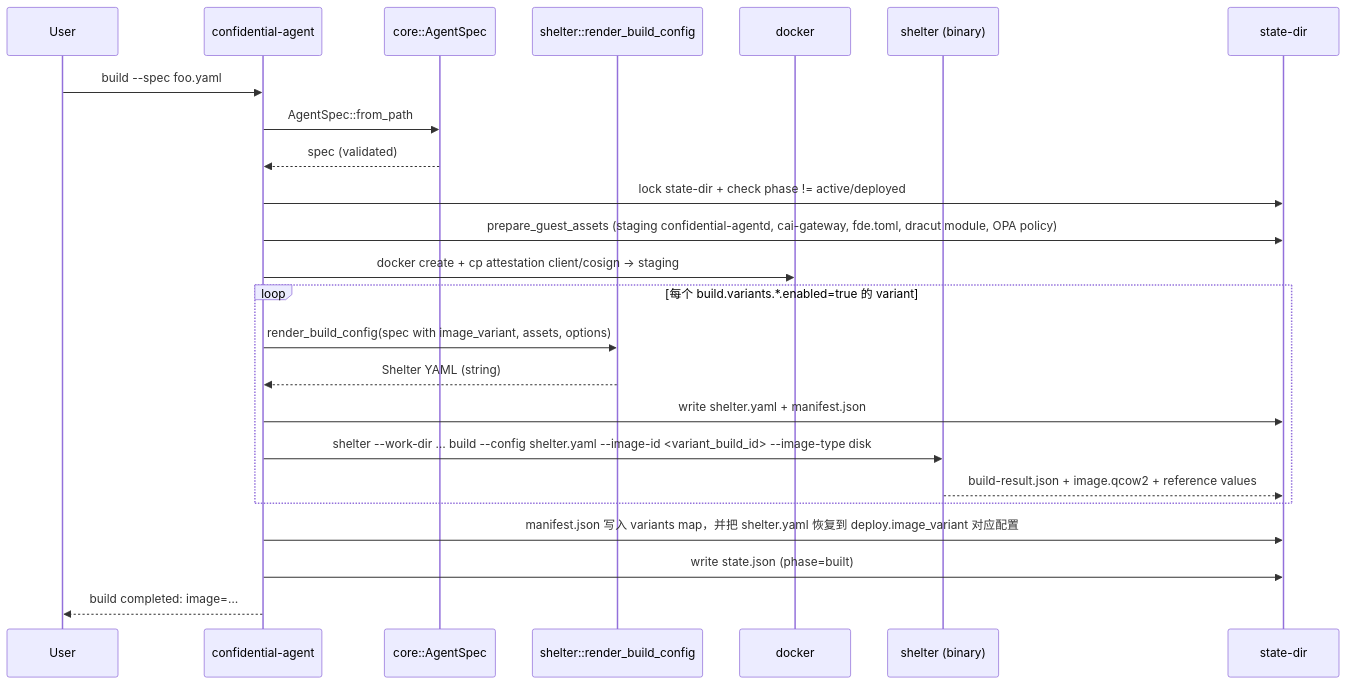
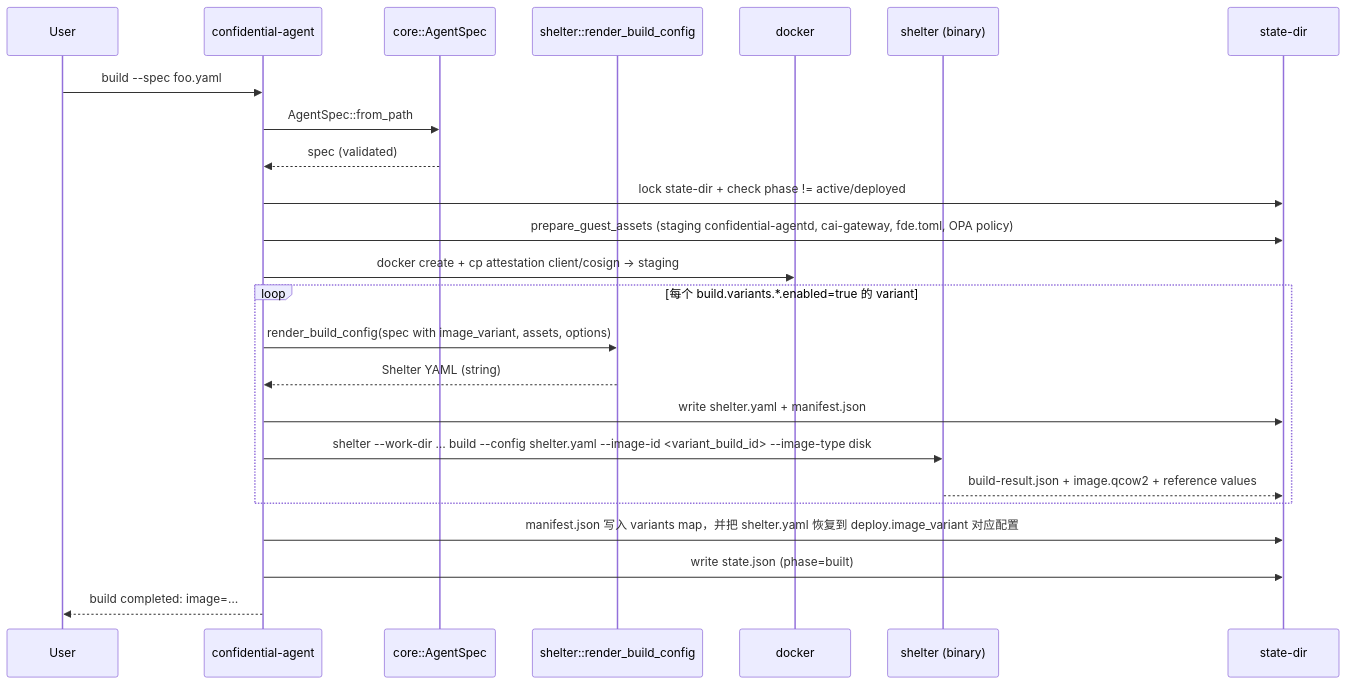
The third of 7 diagrams in docs/architecture.md (wdsun1008/confidential-agent), drawn with Mermaid before and after one commit. The commit also changed other lines of this file and 44 other files, not shown here.

````diff
--- a/docs/architecture.md
+++ b/docs/architecture.md
@@ -56,27 +56,27 @@
 ```mermaid
 sequenceDiagram
     participant U as User
     participant CLI as confidential-agent
     participant Core as core::AgentSpec
     participant SH as shelter::render_build_config
     participant Docker as docker
     participant SHB as shelter (binary)
     participant FS as state-dir
 
     U->>CLI: build --spec foo.yaml
     CLI->>Core: AgentSpec::from_path
     Core-->>CLI: spec (validated)
     CLI->>FS: lock state-dir + check phase != active/deployed
-    CLI->>FS: prepare_guest_assets (staging confidential-agentd, cai-gateway, fde.toml, dracut module, OPA policy)
+    CLI->>FS: prepare_guest_assets (staging confidential-agentd, cai-gateway, fde.toml, OPA policy)
     CLI->>Docker: docker create + cp attestation client/cosign → staging
     loop 每个 build.variants.*.enabled=true 的 variant
         CLI->>SH: render_build_config(spec with image_variant, assets, options)
         SH-->>CLI: Shelter YAML (string)
         CLI->>FS: write shelter.yaml + manifest.json
         CLI->>SHB: shelter --work-dir … build --config shelter.yaml --image-id <variant_build_id> --image-type disk
         SHB-->>FS: build-result.json + image.qcow2 + reference values
     end
     CLI->>FS: manifest.json 写入 variants map，并把 shelter.yaml 恢复到 deploy.image_variant 对应配置
     CLI->>FS: write state.json (phase=built)
     CLI-->>U: build completed: image=…
 ```
````
